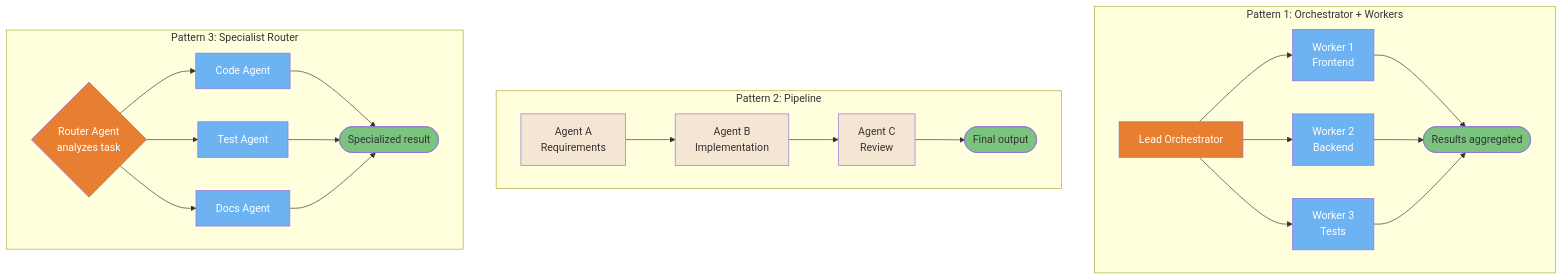
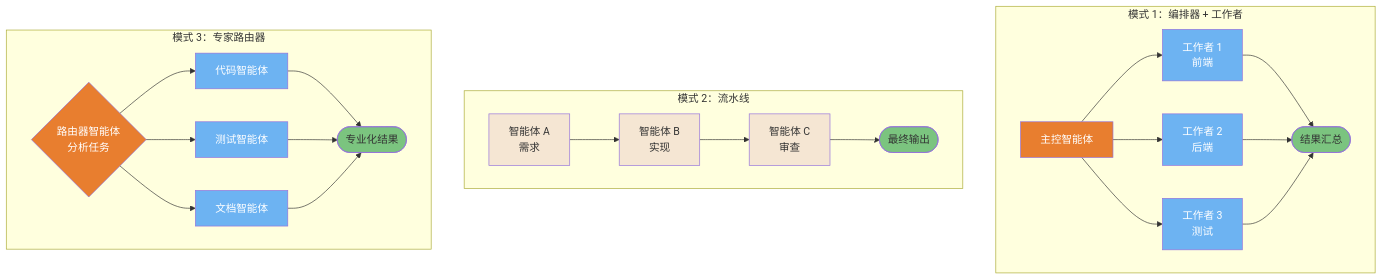
The first of 5 diagrams in claude-code/diagrams/07-multi-agent-patterns.md (lawrencewzen/aispark-wiki), drawn with Mermaid before and after one commit. The commit also changed other lines of this file and 82 other files, not shown here.

First line of the commit message:
feat: 完成 claude-code/ 目录全量中文翻译

````diff
--- a/claude-code/diagrams/07-multi-agent-patterns.md
+++ b/claude-code/diagrams/07-multi-agent-patterns.md
@@ -19,52 +19,52 @@
 ```mermaid
 flowchart TD
-    subgraph ORCH["Pattern 1: Orchestrator + Workers"]
-        OL[Lead Orchestrator] --> OW1[Worker 1<br/>Frontend]
-        OL --> OW2[Worker 2<br/>Backend]
-        OL --> OW3[Worker 3<br/>Tests]
-        OW1 & OW2 & OW3 --> OR([Results aggregated])
+    subgraph ORCH["模式 1：编排器 + 工作者"]
+        OL[主控智能体] --> OW1[工作者 1<br/>前端]
+        OL --> OW2[工作者 2<br/>后端]
+        OL --> OW3[工作者 3<br/>测试]
+        OW1 & OW2 & OW3 --> OR([结果汇总])
     end
 
-    subgraph PIPE["Pattern 2: Pipeline"]
-        PA[Agent A<br/>Requirements] --> PB[Agent B<br/>Implementation]
-        PB --> PC[Agent C<br/>Review]
-        PC --> PD([Final output])
+    subgraph PIPE["模式 2：流水线"]
+        PA[智能体 A<br/>需求] --> PB[智能体 B<br/>实现]
+        PB --> PC[智能体 C<br/>审查]
+        PC --> PD([最终输出])
     end
 
-    subgraph ROUTE["Pattern 3: Specialist Router"]
-        RR{Router Agent<br/>analyzes task} --> RC[Code Agent]
-        RR --> RT[Test Agent]
-        RR --> RD[Docs Agent]
-        RC & RT & RD --> RO([Specialized result])
+    subgraph ROUTE["模式 3：专家路由器"]
+        RR{路由器智能体<br/>分析任务} --> RC[代码智能体]
+        RR --> RT[测试智能体]
+        RR --> RD[文档智能体]
+        RC & RT & RD --> RO([专业化结果])
     end
 
     style OL fill:#E87E2F,color:#fff
     style OW1 fill:#6DB3F2,color:#fff
     style OW2 fill:#6DB3F2,color:#fff
     style OW3 fill:#6DB3F2,color:#fff
     style OR fill:#7BC47F,color:#333
     style PA fill:#F5E6D3,color:#333
     style PB fill:#F5E6D3,color:#333
     style PC fill:#F5E6D3,color:#333
     style PD fill:#7BC47F,color:#333
     style RR fill:#E87E2F,color:#fff
     style RC fill:#6DB3F2,color:#fff
     style RT fill:#6DB3F2,color:#fff
     style RD fill:#6DB3F2,color:#fff
     style RO fill:#7BC47F,color:#333
 
-    click OL href "https://github.com/claude-code-ultimate-guide/claude-code-ultimate-guide/blob/main/guide/workflows/agent-teams.md" "Lead Orchestrator"
-    click OW1 href "https://github.com/claude-code-ultimate-guide/claude-code-ultimate-guide/blob/main/guide/workflows/agent-teams.md" "Worker: Frontend"
-    click OW2 href "https://github.com/claude-code-ultimate-guide/claude-code-ultimate-guide/blob/main/guide/workflows/agent-teams.md" "Worker: Backend"
-    click OW3 href "https://github.com/claude-code-ultimate-guide/claude-code-ultimate-guide/blob/main/guide/workflows/agent-teams.md" "Worker: Tests"
-    click OR href "https://github.com/claude-code-ultimate-guide/claude-code-ultimate-guide/blob/main/guide/workflows/agent-teams.md" "Results aggregated"
-    click PA href "https://github.com/claude-code-ultimate-guide/claude-code-ultimate-guide/blob/main/guide/workflows/agent-teams.md" "Agent A: Requirements"
-    click PB href "https://github.com/claude-code-ultimate-guide/claude-code-ultimate-guide/blob/main/guide/workflows/agent-teams.md" "Agent B: Implementation"
-    click PC href "https://github.com/claude-code-ultimate-guide/claude-code-ultimate-guide/blob/main/guide/workflows/agent-teams.md" "Agent C: Review"
-    click PD href "https://github.com/claude-code-ultimate-guide/claude-code-ultimate-guide/blob/main/guide/workflows/agent-teams.md" "Final output"
-    click RR href "https://github.com/claude-code-ultimate-guide/claude-code-ultimate-guide/blob/main/guide/workflows/agent-teams.md" "Router Agent"
-    click RC href "https://github.com/claude-code-ultimate-guide/claude-code-ultimate-guide/blob/main/guide/workflows/agent-teams.md" "Code Agent"
-    click RT href "https://github.com/claude-code-ultimate-guide/claude-code-ultimate-guide/blob/main/guide/workflows/agent-teams.md" "Test Agent"
-    click RD href "https://github.com/claude-code-ultimate-guide/claude-code-ultimate-guide/blob/main/guide/workflows/agent-teams.md" "Docs Agent"
-    click RO href "https://github.com/claude-code-ultimate-guide/claude-code-ultimate-guide/blob/main/guide/workflows/agent-teams.md" "Specialized result"
+    click OL href "https://github.com/claude-code-ultimate-guide/claude-code-ultimate-guide/blob/main/guide/workflows/agent-teams.md" "主控智能体"
+    click OW1 href "https://github.com/claude-code-ultimate-guide/claude-code-ultimate-guide/blob/main/guide/workflows/agent-teams.md" "工作者：前端"
+    click OW2 href "https://github.com/claude-code-ultimate-guide/claude-code-ultimate-guide/blob/main/guide/workflows/agent-teams.md" "工作者：后端"
+    click OW3 href "https://github.com/claude-code-ultimate-guide/claude-code-ultimate-guide/blob/main/guide/workflows/agent-teams.md" "工作者：测试"
+    click OR href "https://github.com/claude-code-ultimate-guide/claude-code-ultimate-guide/blob/main/guide/workflows/agent-teams.md" "结果汇总"
+    click PA href "https://github.com/claude-code-ultimate-guide/claude-code-ultimate-guide/blob/main/guide/workflows/agent-teams.md" "智能体 A：需求"
+    click PB href "https://github.com/claude-code-ultimate-guide/claude-code-ultimate-guide/blob/main/guide/workflows/agent-teams.md" "智能体 B：实现"
+    click PC href "https://github.com/claude-code-ultimate-guide/claude-code-ultimate-guide/blob/main/guide/workflows/agent-teams.md" "智能体 C：审查"
+    click PD href "https://github.com/claude-code-ultimate-guide/claude-code-ultimate-guide/blob/main/guide/workflows/agent-teams.md" "最终输出"
+    click RR href "https://github.com/claude-code-ultimate-guide/claude-code-ultimate-guide/blob/main/guide/workflows/agent-teams.md" "路由器智能体"
+    click RC href "https://github.com/claude-code-ultimate-guide/claude-code-ultimate-guide/blob/main/guide/workflows/agent-teams.md" "代码智能体"
+    click RT href "https://github.com/claude-code-ultimate-guide/claude-code-ultimate-guide/blob/main/guide/workflows/agent-teams.md" "测试智能体"
+    click RD href "https://github.com/claude-code-ultimate-guide/claude-code-ultimate-guide/blob/main/guide/workflows/agent-teams.md" "文档智能体"
+    click RO href "https://github.com/claude-code-ultimate-guide/claude-code-ultimate-guide/blob/main/guide/workflows/agent-teams.md" "专业化结果"
 ```
````
